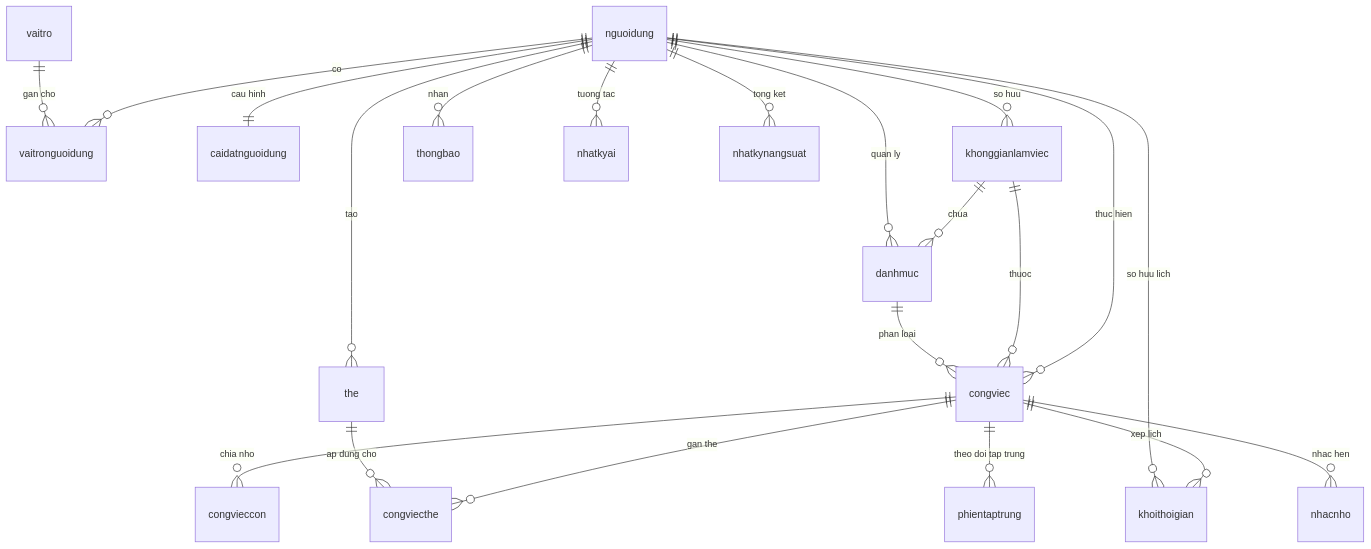
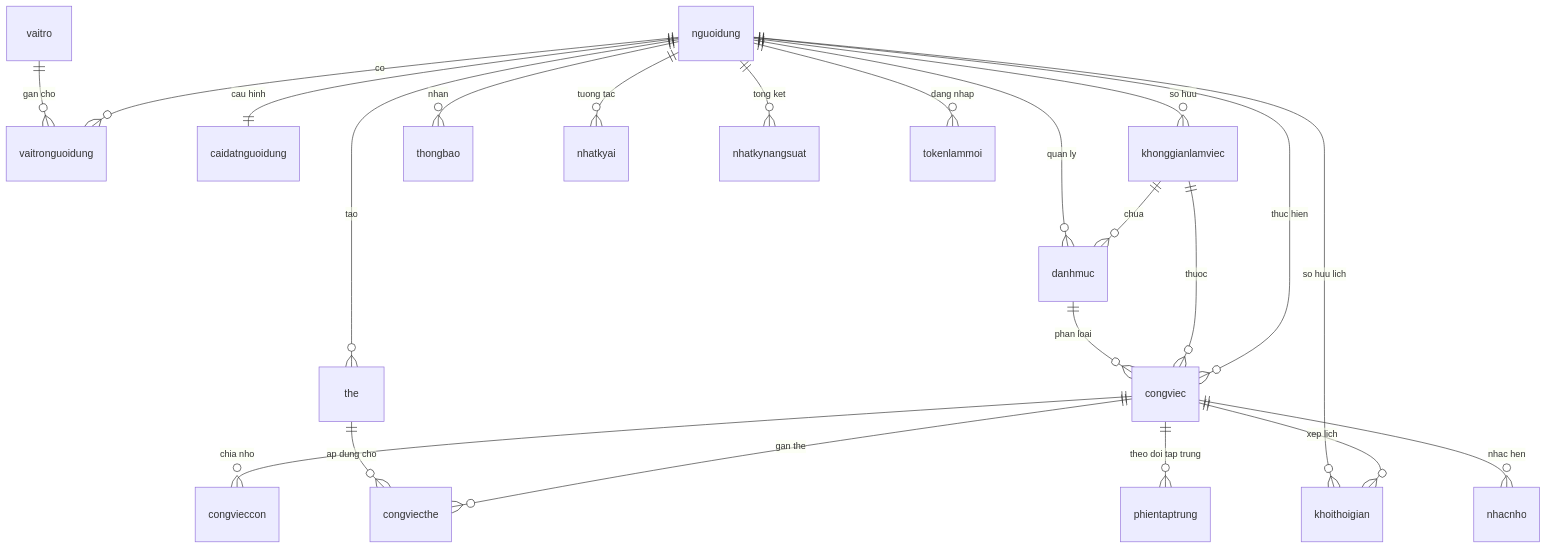
Before and after one commit to hkhoiii/personal-schedule-manager: the diagram in CSDL_CHI_TIET_TRUONG_DU_LIEU.md, drawn with Mermaid. The commit also changed other lines of this file and 9 other files, not shown here.

````diff
--- a/CSDL_CHI_TIET_TRUONG_DU_LIEU.md
+++ b/CSDL_CHI_TIET_TRUONG_DU_LIEU.md
@@ -16,23 +16,24 @@
 ```mermaid
 erDiagram
     nguoidung ||--o{ vaitronguoidung : "co"
     vaitro ||--o{ vaitronguoidung : "gan cho"
     nguoidung ||--|| caidatnguoidung : "cau hinh"
     nguoidung ||--o{ khonggianlamviec : "so huu"
     khonggianlamviec ||--o{ danhmuc : "chua"
     nguoidung ||--o{ danhmuc : "quan ly"
     nguoidung ||--o{ the : "tao"
     nguoidung ||--o{ congviec : "thuc hien"
     khonggianlamviec ||--o{ congviec : "thuoc"
     danhmuc ||--o{ congviec : "phan loai"
     congviec ||--o{ congvieccon : "chia nho"
     congviec ||--o{ congviecthe : "gan the"
     the ||--o{ congviecthe : "ap dung cho"
     congviec ||--o{ khoithoigian : "xep lich"
     nguoidung ||--o{ khoithoigian : "so huu lich"
     congviec ||--o{ phientaptrung : "theo doi tap trung"
     congviec ||--o{ nhacnho : "nhac hen"
     nguoidung ||--o{ thongbao : "nhan"
     nguoidung ||--o{ nhatkyai : "tuong tac"
     nguoidung ||--o{ nhatkynangsuat : "tong ket"
+    nguoidung ||--o{ tokenlammoi : "dang nhap"
 ```
````
